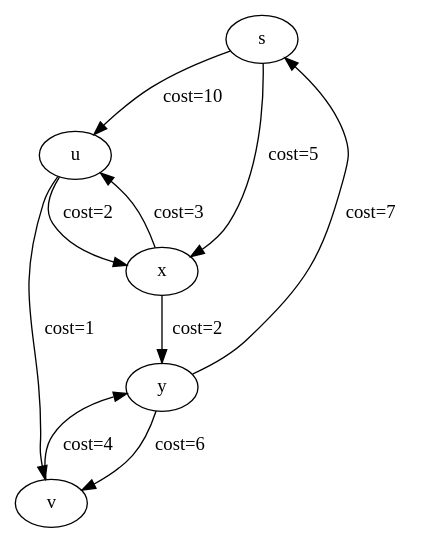
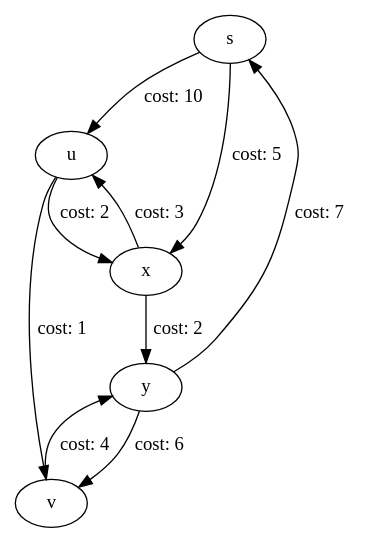
The diagram in io/graph_03.dot (MaxPower9001/B-AI3GKAP), drawn with Graphviz before and after one commit. The commit also changed 41 other files, not shown here.

```diff
--- a/io/graph_03.dot
+++ b/io/graph_03.dot
@@ -1,17 +1,16 @@
-digraph graph_03
-{
-s
-u
-x
-v
-y
-s -> u [label="cost=10  "]
-s -> x [label="cost=5  "]
-u -> x [label="cost=2  "]
-u -> v [label="cost=1  "]
-x -> u [label="cost=3  "]
-x -> y [label="cost=2  "]
-v -> y [label="cost=4  "]
-y -> s [label="cost=7  "]
-y -> v [label="cost=6  "]
+digraph G {
+	s -> u [label="cost: 10"];
+	s -> x [label="cost: 5"];
+	u -> v [label="cost: 1"];
+	u -> x [label="cost: 2"];
+	v -> y [label="cost: 4"];
+	x -> u [label="cost: 3"];
+	x -> y [label="cost: 2"];
+	y -> s [label="cost: 7"];
+	y -> v [label="cost: 6"];
+	s [label="s"];
+	u [label="u"];
+	v [label="v"];
+	x [label="x"];
+	y [label="y"];
 }
```
